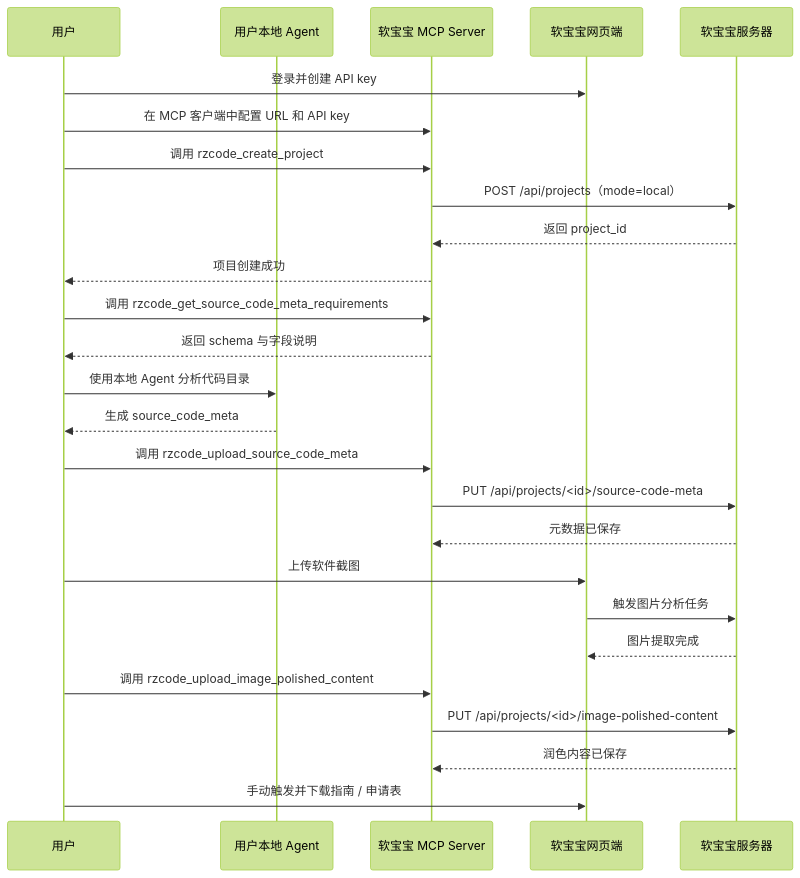
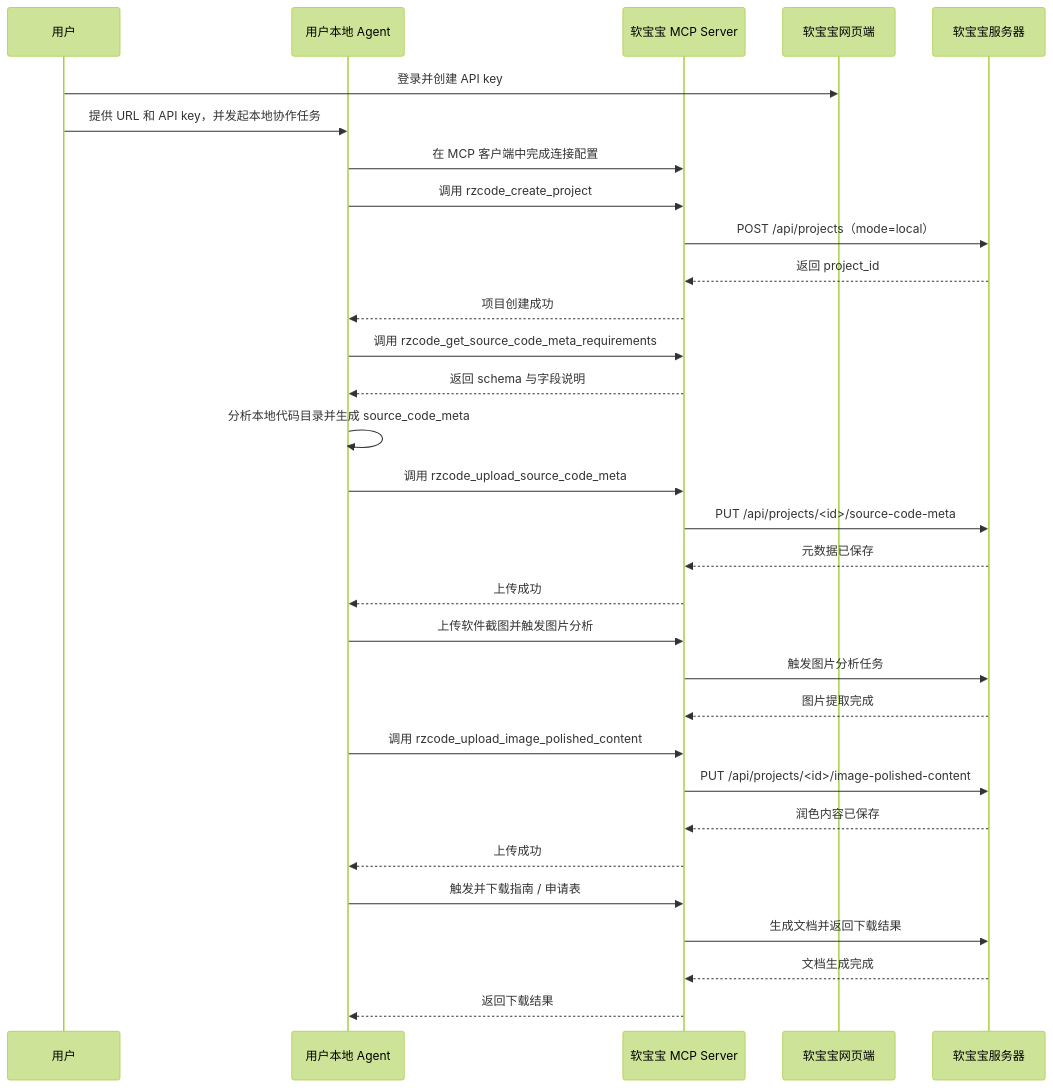
Before and after one commit to coolguy2020/rzcodedocs: the diagram in content/docs/concepts/local-cooperate.md, drawn with Mermaid (forest theme). The commit also changed other lines of this file and 2 other files, not shown here.

Commit message:
Fixed mermaid docs

````diff
--- a/content/docs/concepts/local-cooperate.md
+++ b/content/docs/concepts/local-cooperate.md
@@ -49,33 +49,39 @@
 ```mermaid
 sequenceDiagram
     participant User as 用户
     participant Agent as 用户本地 Agent
     participant MCP as 软宝宝 MCP Server
     participant Web as 软宝宝网页端
     participant Server as 软宝宝服务器
 
     User->>Web: 登录并创建 API key
-    User->>MCP: 在 MCP 客户端中配置 URL 和 API key
-    User->>MCP: 调用 rzcode_create_project
+    User->>Agent: 提供 URL 和 API key，并发起本地协作任务
+    Agent->>MCP: 在 MCP 客户端中完成连接配置
+
+    Agent->>MCP: 调用 rzcode_create_project
     MCP->>Server: POST /api/projects（mode=local）
     Server-->>MCP: 返回 project_id
-    MCP-->>User: 项目创建成功
+    MCP-->>Agent: 项目创建成功
 
-    User->>MCP: 调用 rzcode_get_source_code_meta_requirements
-    MCP-->>User: 返回 schema 与字段说明
-    User->>Agent: 使用本地 Agent 分析代码目录
-    Agent-->>User: 生成 source_code_meta
-    User->>MCP: 调用 rzcode_upload_source_code_meta
+    Agent->>MCP: 调用 rzcode_get_source_code_meta_requirements
+    MCP-->>Agent: 返回 schema 与字段说明
+    Agent->>Agent: 分析本地代码目录并生成 source_code_meta
+    Agent->>MCP: 调用 rzcode_upload_source_code_meta
     MCP->>Server: PUT /api/projects/<id>/source-code-meta
     Server-->>MCP: 元数据已保存
+    MCP-->>Agent: 上传成功
 
-    User->>Web: 上传软件截图
-    Web->>Server: 触发图片分析任务
-    Server-->>Web: 图片提取完成
+    Agent->>MCP: 上传软件截图并触发图片分析
+    MCP->>Server: 触发图片分析任务
+    Server-->>MCP: 图片提取完成
 
-    User->>MCP: 调用 rzcode_upload_image_polished_content
+    Agent->>MCP: 调用 rzcode_upload_image_polished_content
     MCP->>Server: PUT /api/projects/<id>/image-polished-content
     Server-->>MCP: 润色内容已保存
+    MCP-->>Agent: 上传成功
 
-    User->>Web: 手动触发并下载指南 / 申请表
+    Agent->>MCP: 触发并下载指南 / 申请表
+    MCP->>Server: 生成文档并返回下载结果
+    Server-->>MCP: 文档生成完成
+    MCP-->>Agent: 返回下载结果
 ```
````
